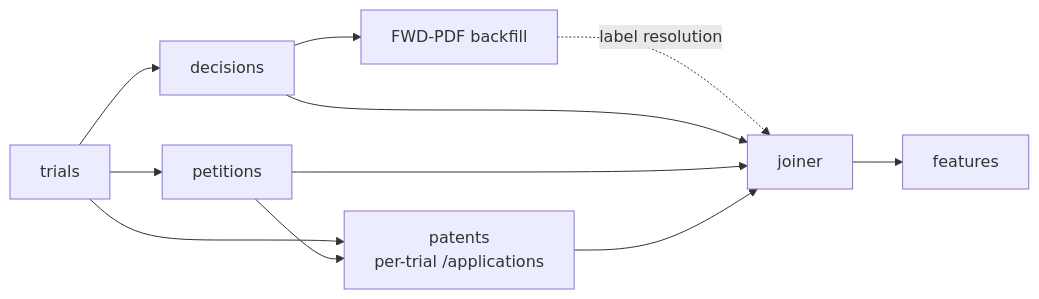
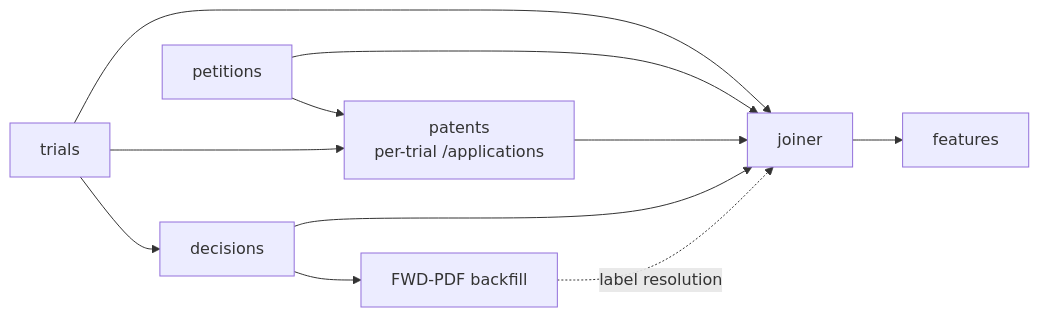
The diagram in docs/ops/refresh_lifecycle.md (josemita87/ML-USPTO), drawn with Mermaid before and after one commit. The commit also changed other lines of this file, not shown here.

````diff
--- a/docs/ops/refresh_lifecycle.md
+++ b/docs/ops/refresh_lifecycle.md
@@ -28,23 +28,23 @@
 ```mermaid
 flowchart LR
     trials[trials]
     decisions[decisions]
     petitions[petitions]
     patents[patents<br/>per-trial /applications]
     fwd[FWD-PDF backfill]
     joiner[joiner]
     features[features]
 
     trials --> decisions
-    trials --> petitions
     trials --> patents
     petitions --> patents
 
     decisions --> fwd
     fwd -. label resolution .-> joiner
 
+    trials --> joiner
     decisions --> joiner
     petitions --> joiner
     patents --> joiner
     joiner --> features
 ```
````
